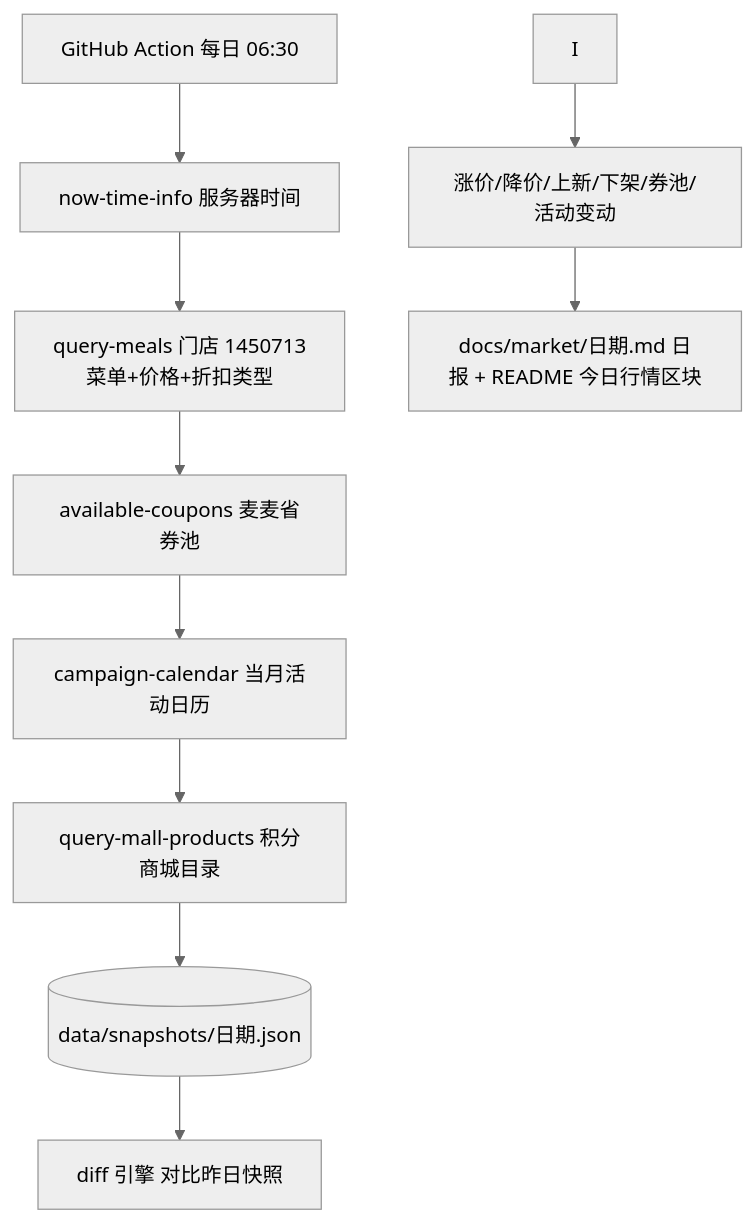
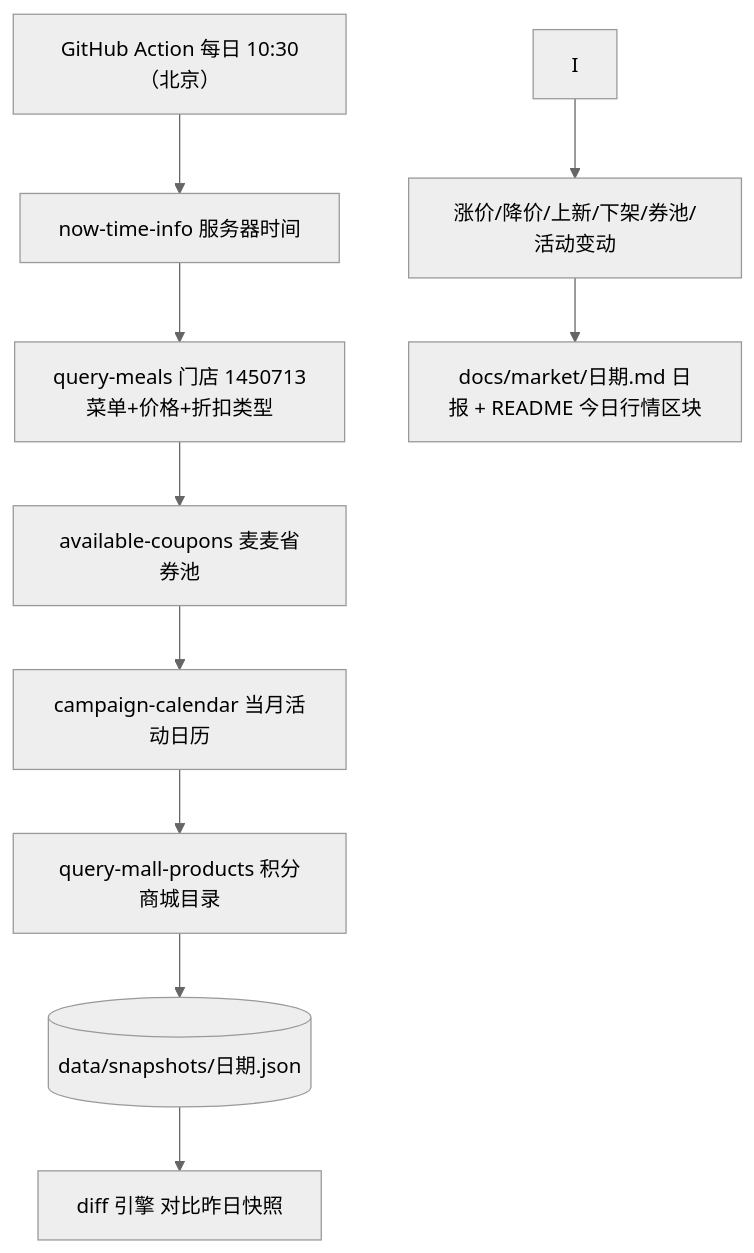
One commit to lm7644/mcd-research-lab changed the diagram in MCP_INTEGRATION.md. Above: the diagram before and after it, drawn with Mermaid (neutral theme). The commit also changed 14 other files, not shown here.

````diff
--- a/MCP_INTEGRATION.md
+++ b/MCP_INTEGRATION.md
@@ -23,12 +23,12 @@
 ```mermaid
 flowchart TD
-    A[GitHub Action 每日 06:30] --> B[now-time-info 服务器时间]
+    A[GitHub Action 每日 10:30（北京）] --> B[now-time-info 服务器时间]
     B --> C[query-meals 门店 1450713<br/>菜单+价格+折扣类型]
     C --> D[available-coupons 麦麦省券池]
     D --> E[campaign-calendar 当月活动日历]
     E --> F[query-mall-products 积分商城目录]
     F --> G[(data/snapshots/日期.json)]
     G --> H[diff 引擎 对比昨日快照]
     I --> J[涨价/降价/上新/下架/券池/活动变动]
     J --> K[docs/market/日期.md 日报 + README 今日行情区块]
 ```
````
